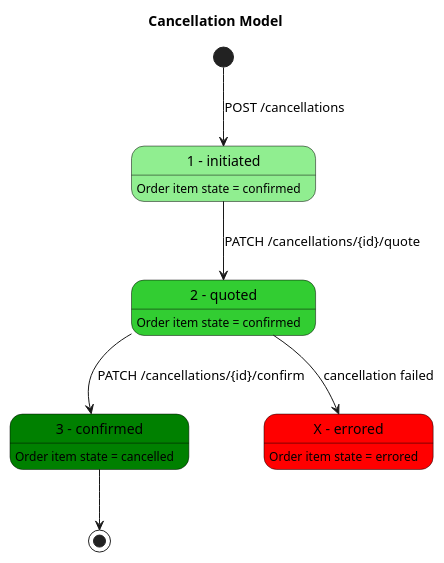
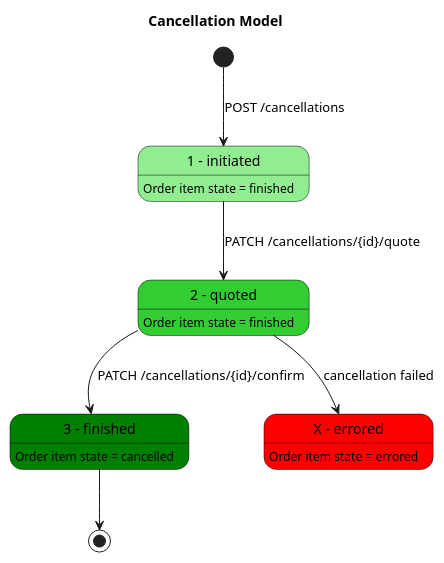
The diagram in plantUML/cancellation_state_diagram.puml (loco2/locohub-api-documentation), drawn with PlantUML before and after one commit.

Commit message:
Update order item state along cancellation flow

```diff
--- a/plantUML/cancellation_state_diagram.puml
+++ b/plantUML/cancellation_state_diagram.puml
@@ -1,33 +1,33 @@
 @startuml
 
 ' in order to change this diagram, please got to http://www.planttext.com
 skinparam state {
   StartColor Black
   EndColor Black
   BackgroundColor LightYellow
   BackgroundColor<<Initiated>> LightGreen
   BackgroundColor<<Quoted>> LimeGreen
   BackgroundColor<<Confirmed>> Green
   BackgroundColor<<Errored>> Red
   BorderColor Black
   FontName Impact
 }
 title Cancellation Model
 state "1 - initiated" as Initiated<<Initiated>>
-Initiated: Order item state = confirmed
+Initiated: Order item state = finished
 state "2 - quoted" as Quoted <<Quoted>>
-Quoted: Order item state = confirmed
-state "3 - confirmed" as Confirmed <<Confirmed>>
+Quoted: Order item state = finished
+state "3 - finished" as Confirmed <<Confirmed>>
 Confirmed: Order item state = cancelled    
 state "X - errored" as Errored <<Errored>>
 Errored: Order item state = errored    
 
 ' non nominal case
 Quoted --> Errored : cancellation failed
 
 [*] -down->Initiated: POST /cancellations
 Initiated -down-> Quoted : PATCH /cancellations/{id}/quote
 Quoted -down-> Confirmed : PATCH /cancellations/{id}/confirm
 Confirmed -down-> [*]
 
 @enduml
```
